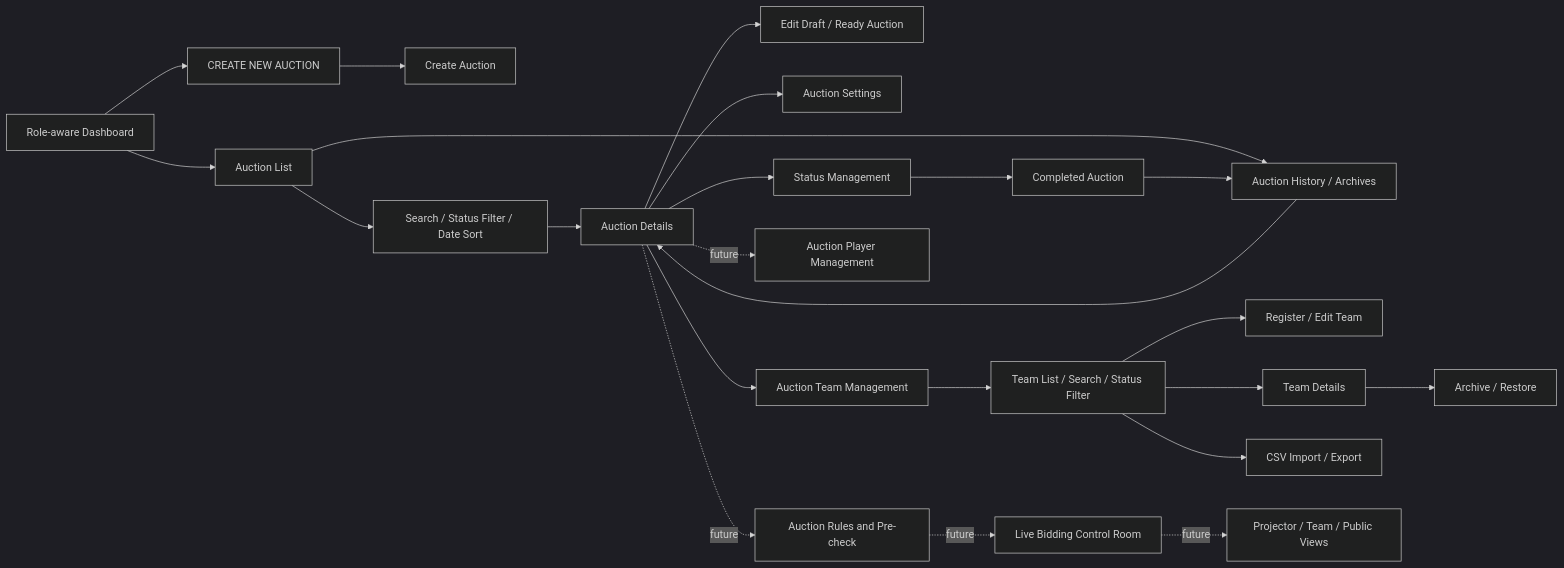
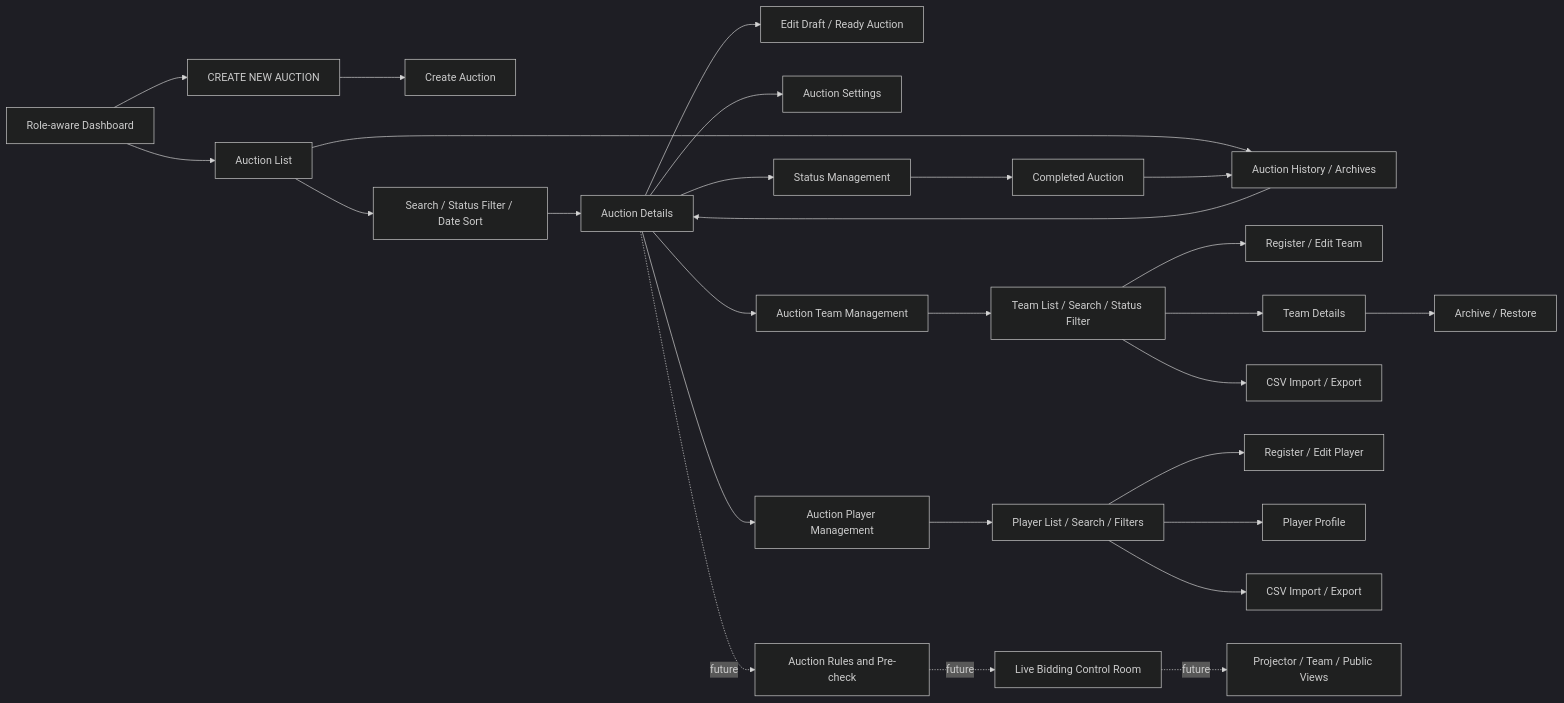
One commit to Bhautik-Dev/jp_auction_arena changed the second of 3 diagrams in docs/APP_NAVIGATION_FLOW.md. Above: the diagram before and after it, drawn with Mermaid (dark theme). The commit also changed other lines of this file and 26 other files, not shown here.

````diff
--- a/docs/APP_NAVIGATION_FLOW.md
+++ b/docs/APP_NAVIGATION_FLOW.md
@@ -32,25 +33,29 @@
 ```mermaid
 flowchart LR
     D[Role-aware Dashboard] --> CTA[CREATE NEW AUCTION]
     D --> L[Auction List]
     CTA --> C[Create Auction]
     L --> F[Search / Status Filter / Date Sort]
     F --> V[Auction Details]
     V --> E[Edit Draft / Ready Auction]
     V --> S[Auction Settings]
     V --> A[Status Management]
     L --> H[Auction History / Archives]
     A --> R[Completed Auction]
     R --> H
     H --> V
     V --> TM[Auction Team Management]
     TM --> TL[Team List / Search / Status Filter]
     TL --> TC[Register / Edit Team]
     TL --> TD[Team Details]
     TD --> TA[Archive / Restore]
     TL --> TI[CSV Import / Export]
-    V -. future .-> PM[Auction Player Management]
+    V --> PM[Auction Player Management]
+    PM --> PL[Player List / Search / Filters]
+    PL --> PR[Register / Edit Player]
+    PL --> PD[Player Profile]
+    PL --> PI[CSV Import / Export]
     V -. future .-> CFG[Auction Rules and Pre-check]
     CFG -. future .-> LIVE[Live Bidding Control Room]
     LIVE -. future .-> DISP[Projector / Team / Public Views]
 ```
````
